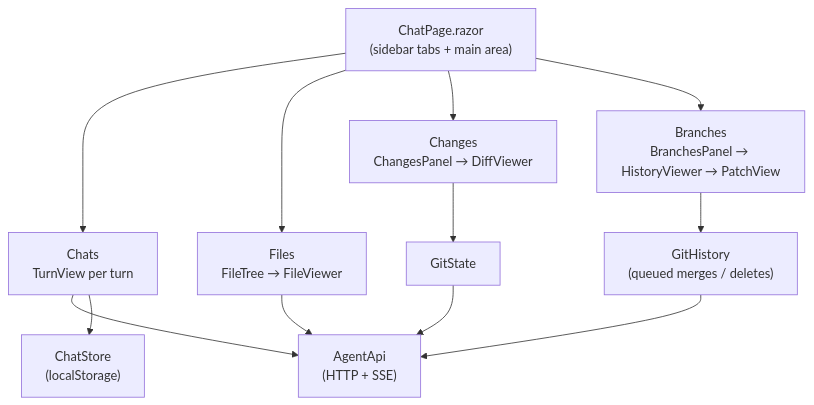
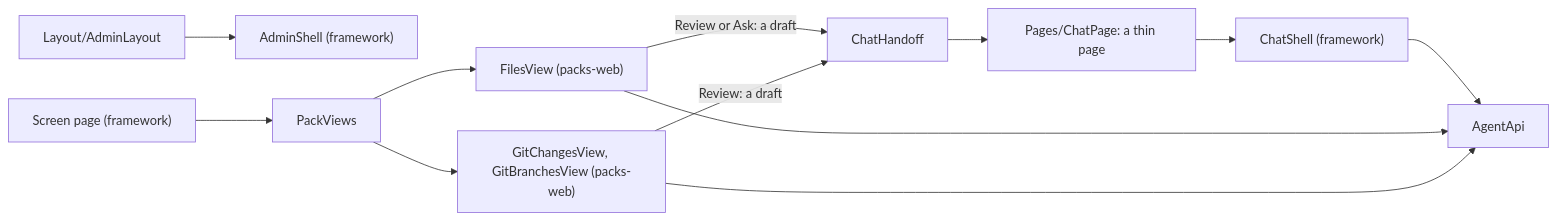
Before and after one commit to bosbevk/louis-agent: the diagram in demos/louis-agent/docs/projects/louis-agent.code-review.md, drawn with Mermaid. The commit also changed other lines of this file and 12 other files, not shown here.

````diff
--- a/demos/louis-agent/docs/projects/louis-agent.code-review.md
+++ b/demos/louis-agent/docs/projects/louis-agent.code-review.md
@@ -13,13 +14,14 @@
 ```mermaid
-flowchart TB
-    Page["ChatPage.razor<br/>(sidebar tabs + main area)"]
-    Page --> Chats["Chats<br/>TurnView per turn"]
-    Page --> Files["Files<br/>FileTree → FileViewer"]
-    Page --> Changes["Changes<br/>ChangesPanel → DiffViewer"]
-    Page --> Branches["Branches<br/>BranchesPanel → HistoryViewer → PatchView"]
-    Chats --> Api["AgentApi<br/>(HTTP + SSE)"]
+flowchart LR
+    Page["Pages/ChatPage: a thin page"] --> Shell["ChatShell (framework)"]
+    Admin["Layout/AdminLayout"] --> AdminShell["AdminShell (framework)"]
+    Screen["Screen page (framework)"] --> Views["PackViews"]
+    Views --> Files["FilesView (packs-web)"]
+    Views --> Git["GitChangesView, GitBranchesView (packs-web)"]
+    Files -->|Review or Ask: a draft| Handoff["ChatHandoff"]
+    Git -->|Review: a draft| Handoff
+    Handoff --> Page
+    Shell --> Api["AgentApi"]
     Files --> Api
-    Changes --> GitState["GitState"] --> Api
-    Branches --> GitHistory["GitHistory<br/>(queued merges / deletes)"] --> Api
-    Chats --> Store["ChatStore<br/>(localStorage)"]
+    Git --> Api
 ```
````
